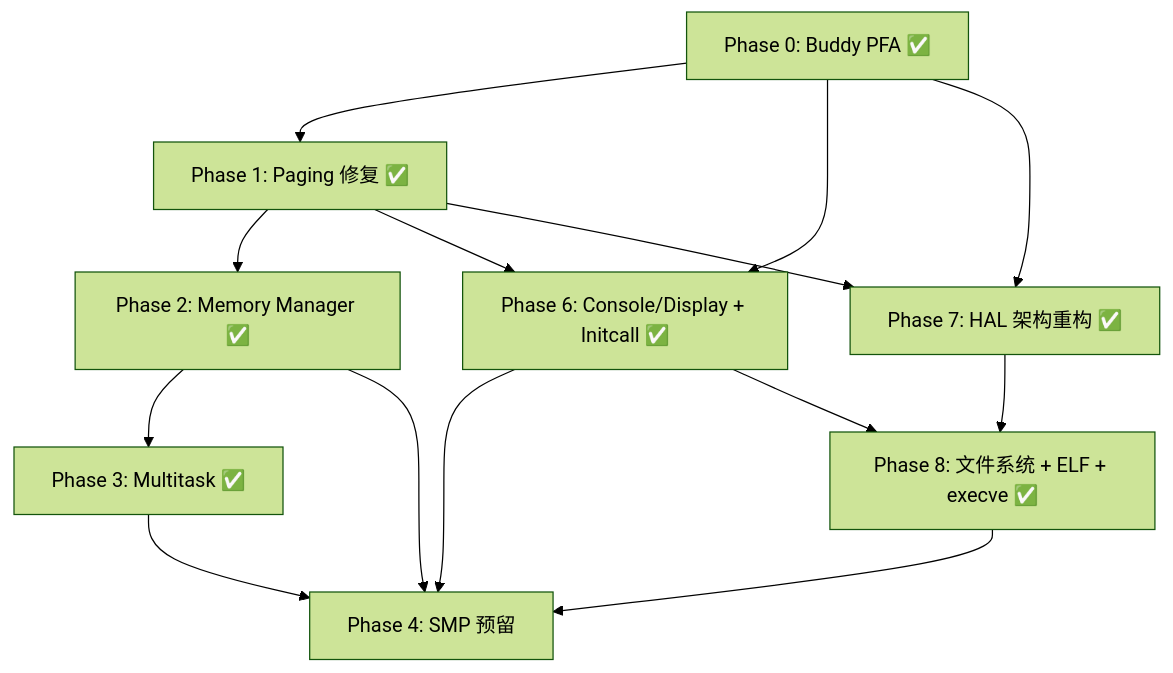
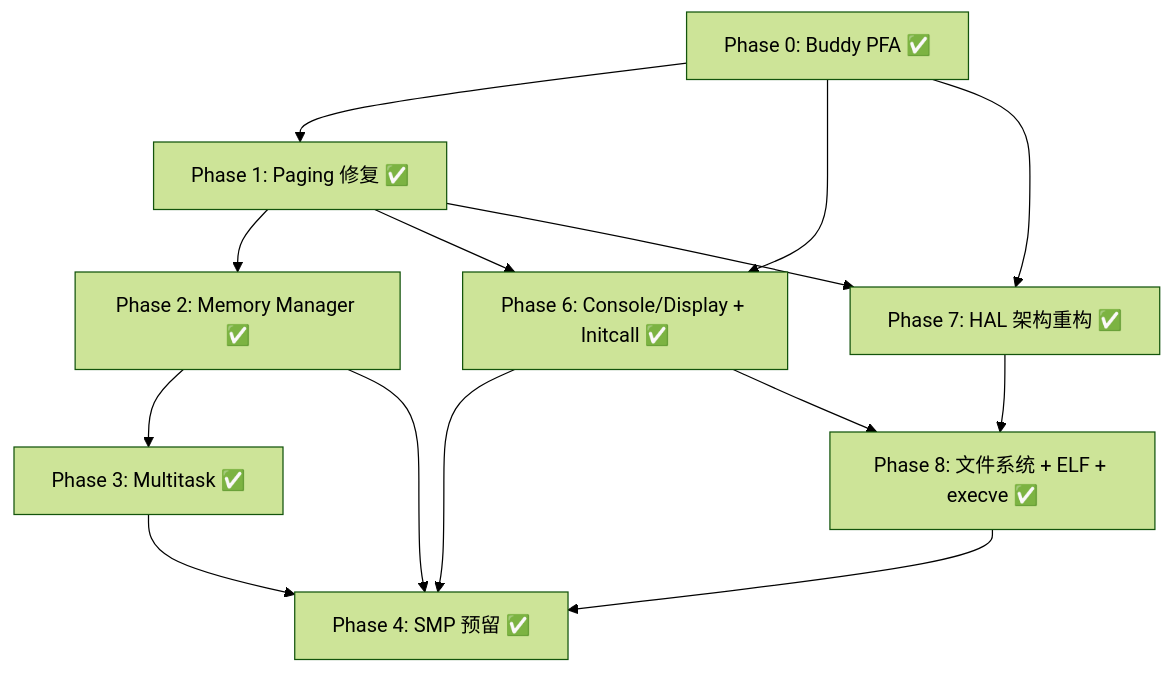
One commit to veynelove/johnbeauty-os changed the diagram in update_plan.md. Above: the diagram before and after it, drawn with Mermaid (forest theme). The commit also changed other lines of this file and 207 other files, not shown here.

````diff
--- a/update_plan.md
+++ b/update_plan.md
@@ -84,25 +90,25 @@
 ```mermaid
 graph TD
     P0["Phase 0: Buddy PFA ✅"]
     P1["Phase 1: Paging 修复 ✅"]
     P2["Phase 2: Memory Manager ✅"]
     P3["Phase 3: Multitask ✅"]
-    P4["Phase 4: SMP 预留"]
+    P4["Phase 4: SMP 预留 ✅"]
     P6["Phase 6: Console/Display + Initcall ✅"]
     P7["Phase 7: HAL 架构重构 ✅"]
     P8["Phase 8: 文件系统 + ELF + execve ✅"]
 
     P0 --> P1
     P1 --> P2
     P2 --> P3
     P0 --> P6
     P1 --> P6
     P3 --> P4
     P2 --> P4
     P6 --> P4
     P0 --> P7
     P1 --> P7
     P7 --> P8
     P6 --> P8
     P8 --> P4
 ```
````
